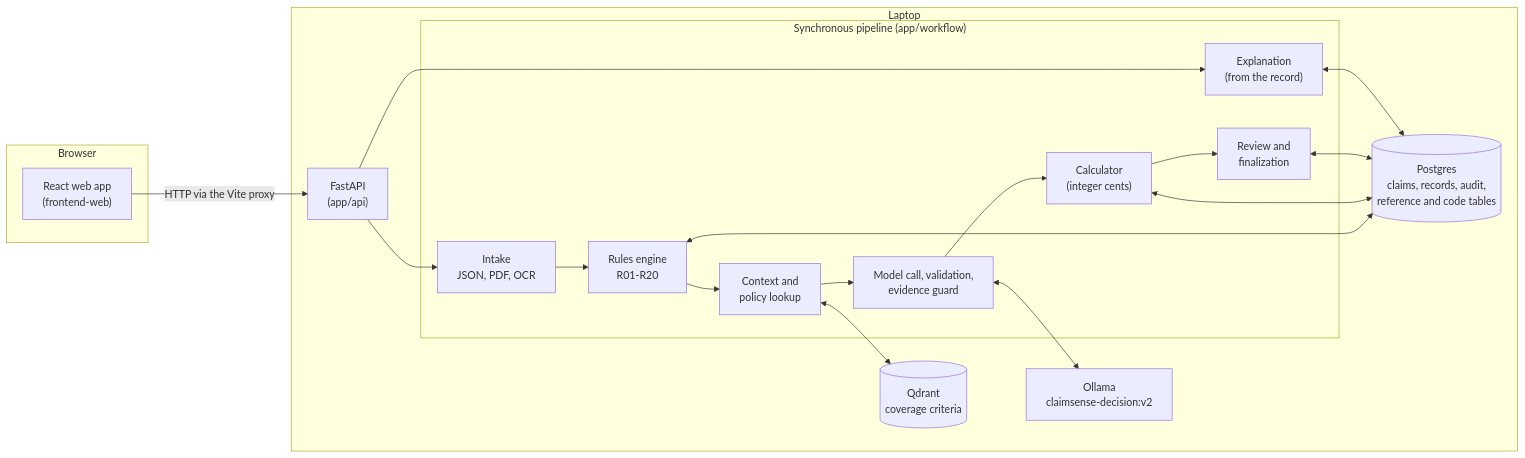
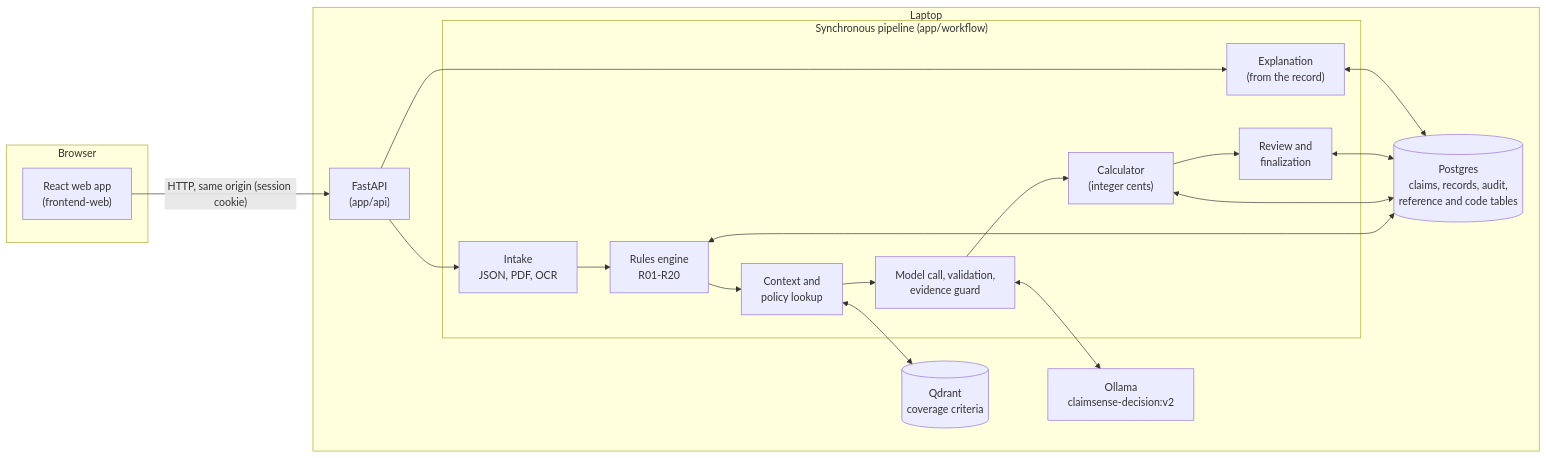
One commit to Rithwik010/ClaimSense-app changed the diagram in README.md. Above: the diagram before and after it, drawn with Mermaid. The commit also changed other lines of this file and 37 other files, not shown here.

````diff
--- a/README.md
+++ b/README.md
@@ -36,30 +36,30 @@
 ```mermaid
 flowchart LR
     subgraph Browser
         UI["React web app<br/>(frontend-web)"]
     end
     subgraph Laptop
         API["FastAPI<br/>(app/api)"]
         subgraph Pipeline["Synchronous pipeline (app/workflow)"]
             IN["Intake<br/>JSON, PDF, OCR"]
             RU["Rules engine<br/>R01-R20"]
             CX["Context and<br/>policy lookup"]
             ML["Model call, validation,<br/>evidence guard"]
             CA["Calculator<br/>(integer cents)"]
             RV["Review and<br/>finalization"]
             EX["Explanation<br/>(from the record)"]
         end
         PG[("Postgres<br/>claims, records, audit,<br/>reference and code tables")]
         QD[("Qdrant<br/>coverage criteria")]
         OL["Ollama<br/>claimsense-decision:v2"]
     end
-    UI -- "HTTP via the Vite proxy" --> API
+    UI -- "HTTP, same origin (session cookie)" --> API
     API --> IN --> RU --> CX --> ML --> CA --> RV
     API --> EX
     RU <--> PG
     CX <--> QD
     ML <--> OL
     CA <--> PG
     RV <--> PG
     EX <--> PG
 ```
````
